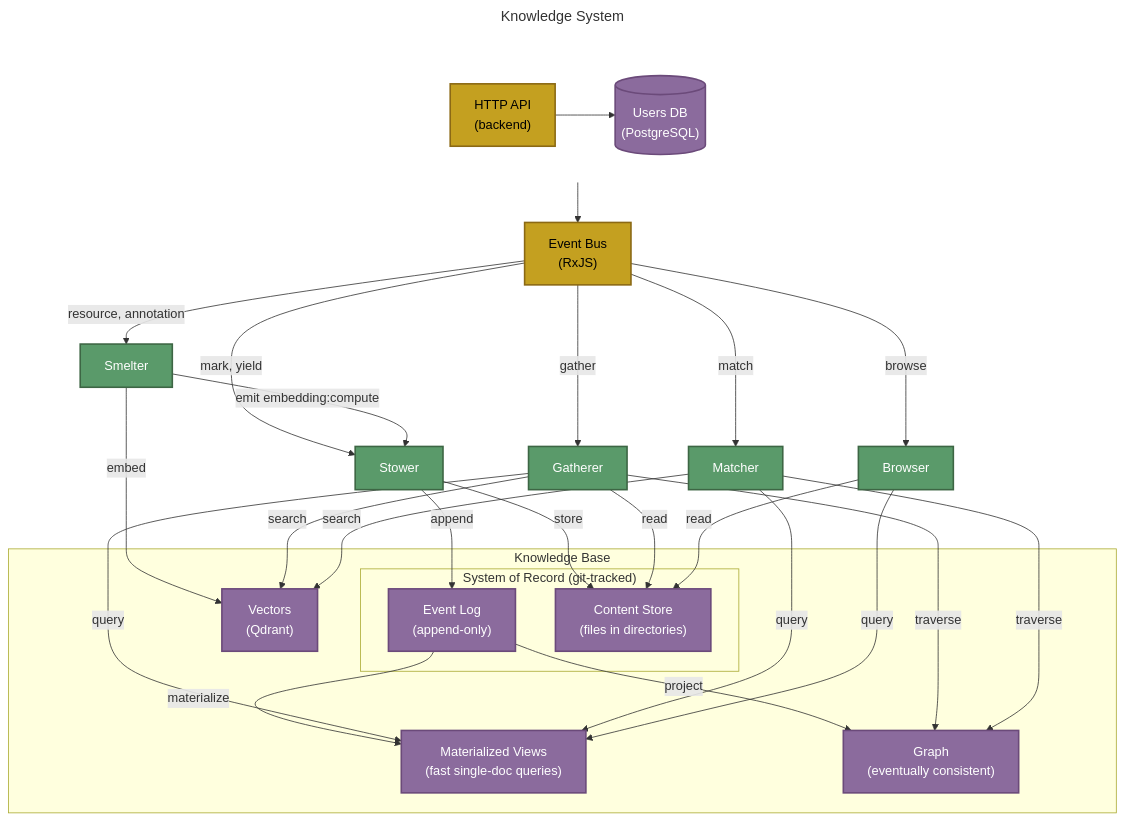
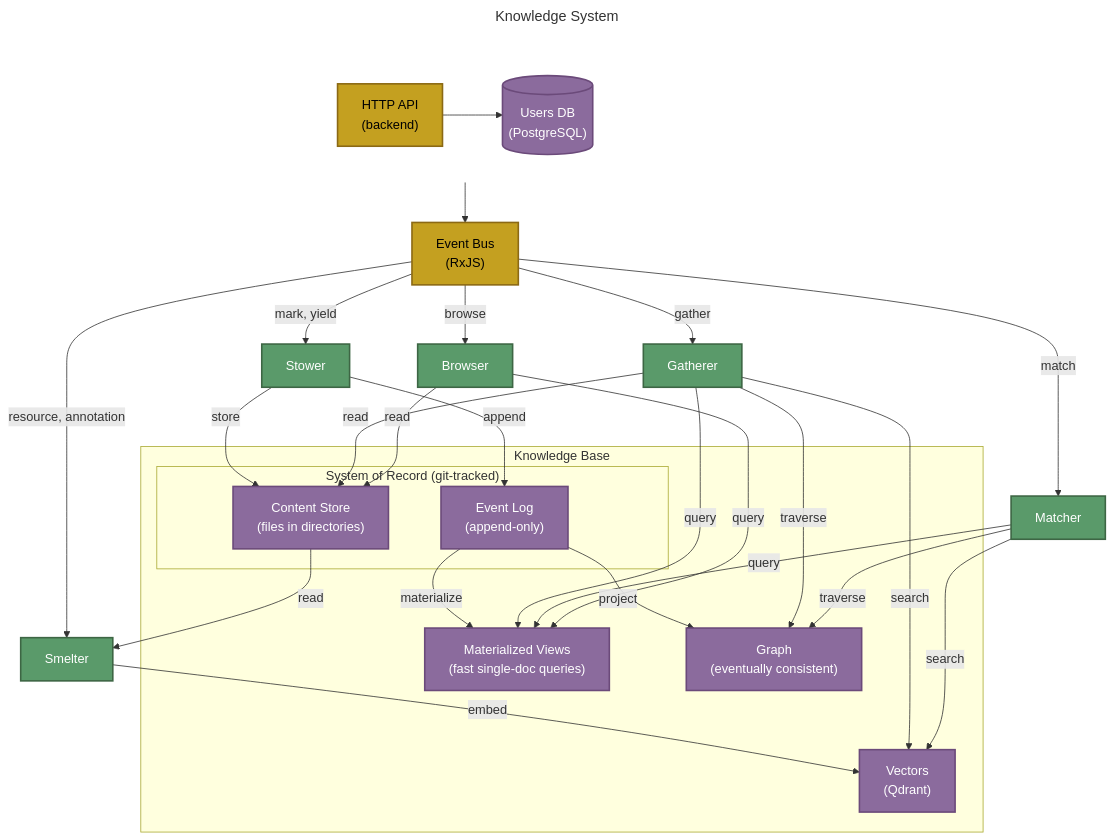
One commit to The-AI-Alliance/semiont changed the diagram in docs/system/KNOWLEDGE-SYSTEM.md. Above: the diagram before and after it, drawn with Mermaid. The commit also changed other lines of this file and 172 other files, not shown here.

````diff
--- a/docs/system/KNOWLEDGE-SYSTEM.md
+++ b/docs/system/KNOWLEDGE-SYSTEM.md
@@ -11,62 +11,62 @@
 ```mermaid
 ---
 title: Knowledge System
 ---
 graph TB
     subgraph top [" "]
         direction LR
         API["HTTP API<br/>(backend)"]
         DB[("Users DB<br/>(PostgreSQL)")]
     end
     BE["Event Bus<br/>(RxJS)"]
 
     API --> BE
     API --> DB
 
     BE -->|"mark, yield"| STOWER["Stower"]
     BE -->|"gather"| GATHERER["Gatherer"]
     BE -->|"match"| MATCHER["Matcher"]
     BE -->|"browse"| BROWSER["Browser"]
     BE -->|"resource, annotation"| SMELTER["Smelter"]
 
     STOWER -->|append| EVENTLOG
     STOWER -->|store| CONTENT
 
     SMELTER -->|embed| VECTORS
-    SMELTER -->|"emit embedding:compute"| STOWER
+    CONTENT -->|read| SMELTER
 
     subgraph kb ["Knowledge Base"]
         subgraph sor ["System of Record (git-tracked)"]
             EVENTLOG["Event Log<br/>(append-only)"]
             CONTENT["Content Store<br/>(files in directories)"]
         end
         VIEWS["Materialized Views<br/>(fast single-doc queries)"]
         GRAPH["Graph<br/>(eventually consistent)"]
         VECTORS["Vectors<br/>(Qdrant)"]
 
         EVENTLOG -->|materialize| VIEWS
         EVENTLOG -->|project| GRAPH
     end
 
     GATHERER -->|query| VIEWS
     GATHERER -->|read| CONTENT
     GATHERER -->|traverse| GRAPH
     GATHERER -->|search| VECTORS
 
     MATCHER -->|query| VIEWS
     MATCHER -->|traverse| GRAPH
     MATCHER -->|search| VECTORS
 
     BROWSER -->|query| VIEWS
     BROWSER -->|read| CONTENT
 
     classDef backend fill:#c4a020,stroke:#8b6914,stroke-width:2px,color:#000
     classDef store fill:#8b6b9d,stroke:#6b4a7a,stroke-width:2px,color:#fff
     classDef worker fill:#5a9a6a,stroke:#3d6644,stroke-width:2px,color:#fff
 
     class API,BE backend
     class DB,EVENTLOG,VIEWS,CONTENT,GRAPH,VECTORS store
     class STOWER,GATHERER,MATCHER,BROWSER,SMELTER worker
 
     style top fill:none,stroke:none
 ```
````
